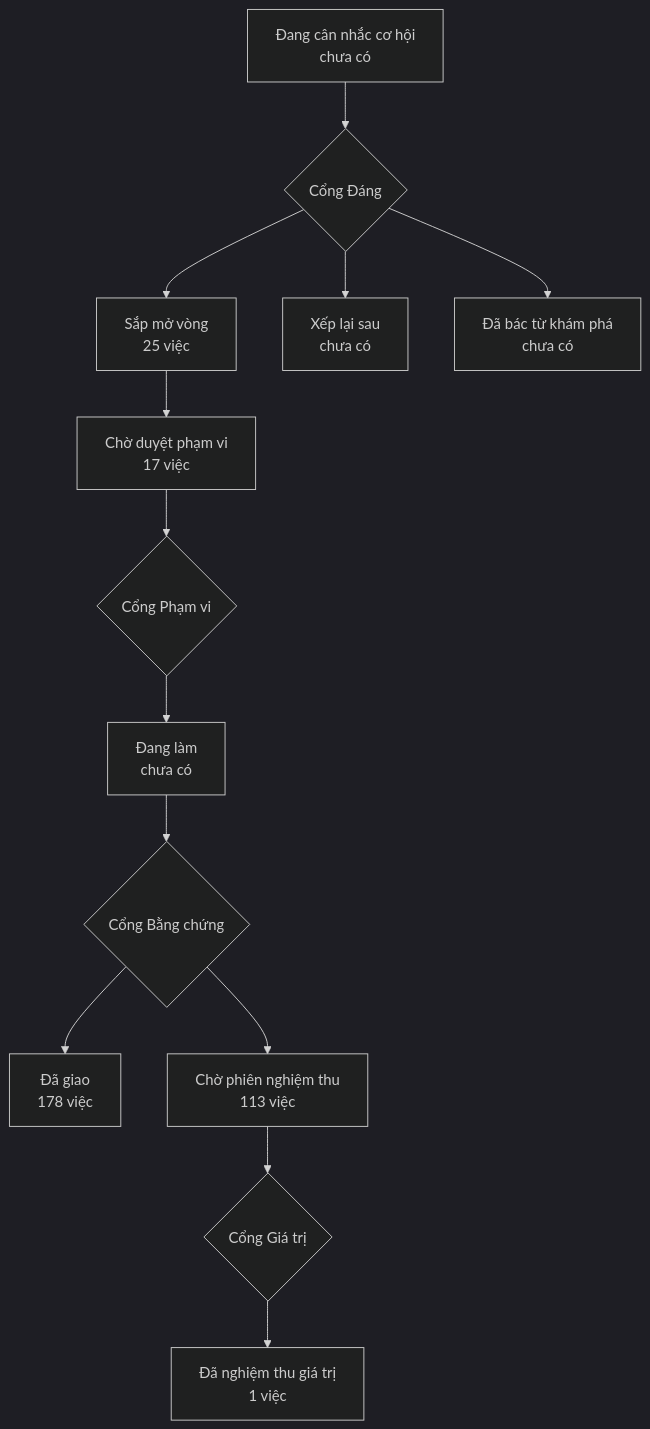
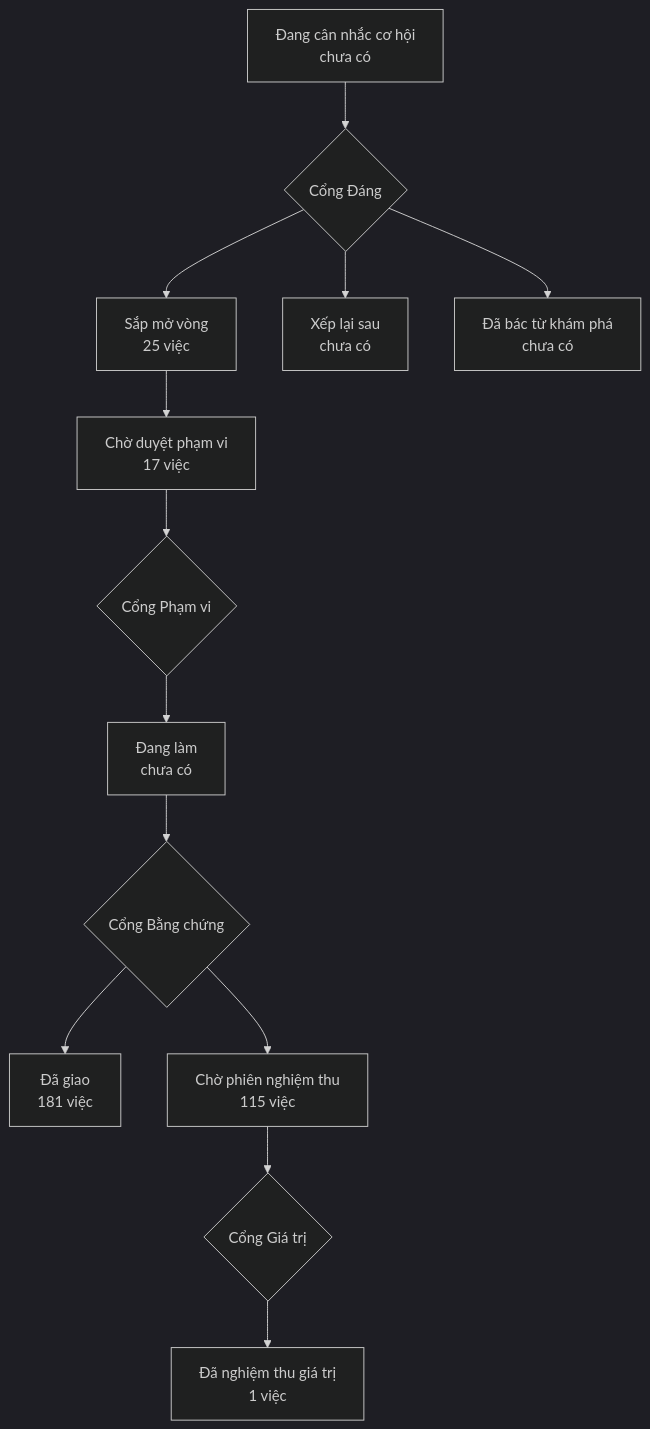
The diagram in PRODUCT-MAP.md (phanlemanh/onehub-invest), drawn with Mermaid (dark theme) before and after one commit. The commit also changed other lines of this file and 1 other file, not shown here.

````diff
--- a/PRODUCT-MAP.md
+++ b/PRODUCT-MAP.md
@@ -7,12 +7,12 @@
 ```mermaid
 flowchart TD
   A["Đang cân nhắc cơ hội<br/>chưa có"] --> GD{"Cổng Đáng"}
   GD --> B["Sắp mở vòng<br/>25 việc"]
   GD --> XL["Xếp lại sau<br/>chưa có"]
   GD --> DB["Đã bác từ khám phá<br/>chưa có"]
   B --> CD["Chờ duyệt phạm vi<br/>17 việc"] --> GP{"Cổng Phạm vi"}
   GP --> DL["Đang làm<br/>chưa có"] --> GB{"Cổng Bằng chứng"}
-  GB --> DG["Đã giao<br/>178 việc"]
-  GB --> CN["Chờ phiên nghiệm thu<br/>113 việc"] --> GG{"Cổng Giá trị"}
+  GB --> DG["Đã giao<br/>181 việc"]
+  GB --> CN["Chờ phiên nghiệm thu<br/>115 việc"] --> GG{"Cổng Giá trị"}
   GG --> NT["Đã nghiệm thu giá trị<br/>1 việc"]
 ```
````
